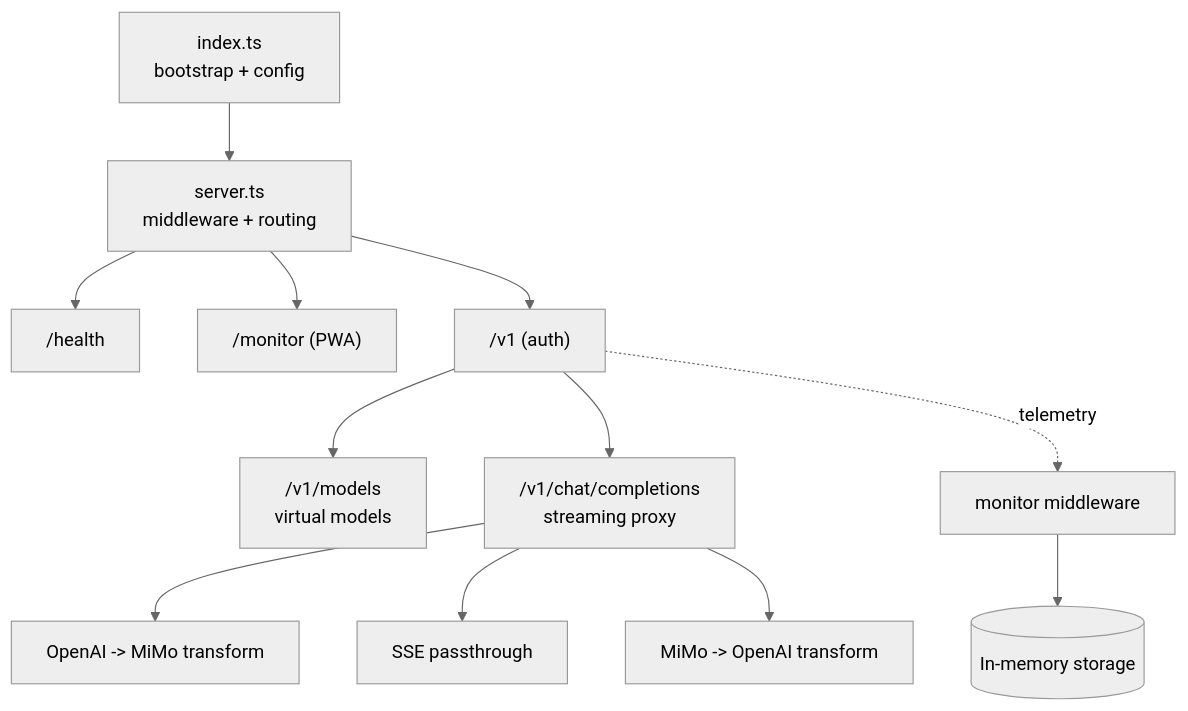
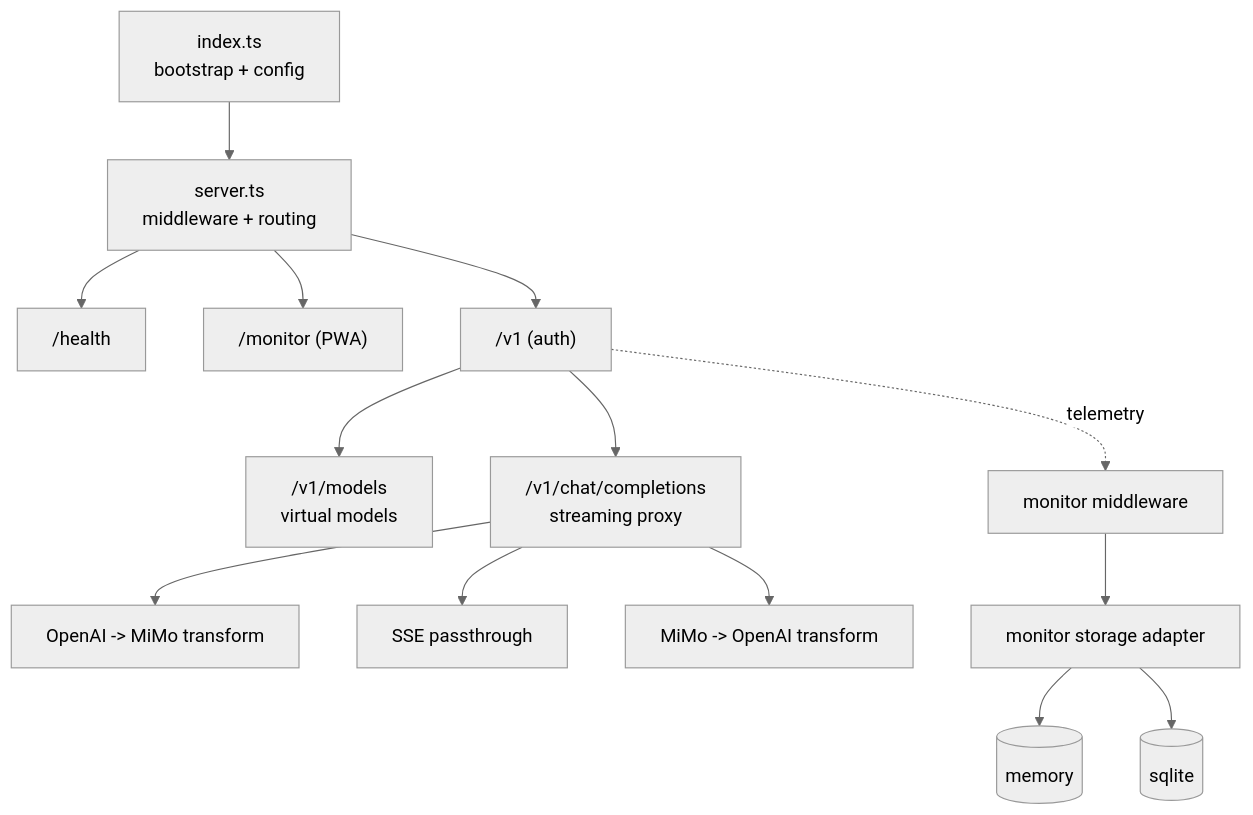
The diagram in ARCHITECTURE.md (human07d0/Chimera), drawn with Mermaid (neutral theme) before and after one commit. The commit also changed other lines of this file and 23 other files, not shown here.

````diff
--- a/ARCHITECTURE.md
+++ b/ARCHITECTURE.md
@@ -7,18 +7,20 @@
 ```mermaid
 flowchart TD
     IDX["index.ts<br/>bootstrap + config"] --> SRV["server.ts<br/>middleware + routing"]
 
     SRV --> HEALTH["/health"]
     SRV --> MON["/monitor (PWA)"]
     SRV --> API["/v1 (auth)"]
 
     API --> MODELS["/v1/models<br/>virtual models"]
     API --> CHAT["/v1/chat/completions<br/>streaming proxy"]
 
     CHAT --> REQ["OpenAI -> MiMo transform"]
     CHAT --> STRM["SSE passthrough"]
     CHAT --> RESP["MiMo -> OpenAI transform"]
 
     API -. telemetry .-> MM["monitor middleware"]
-    MM --> MEM[("In-memory storage")]
+    MM --> STORE["monitor storage adapter"]
+    STORE --> MEM[("memory")]
+    STORE --> SQL[("sqlite")]
 ```
````
